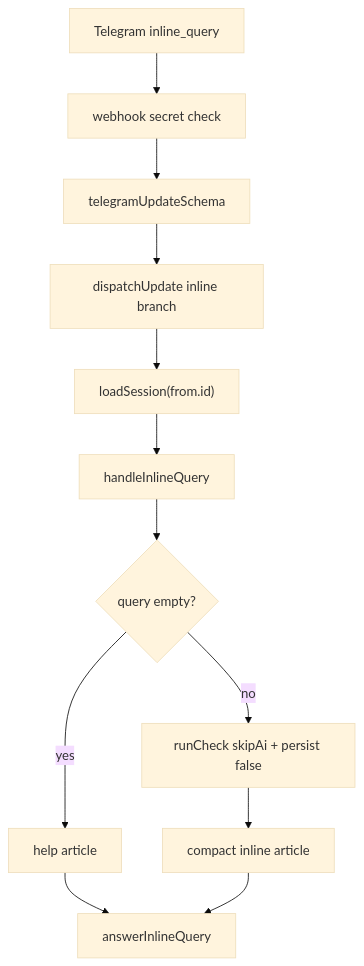
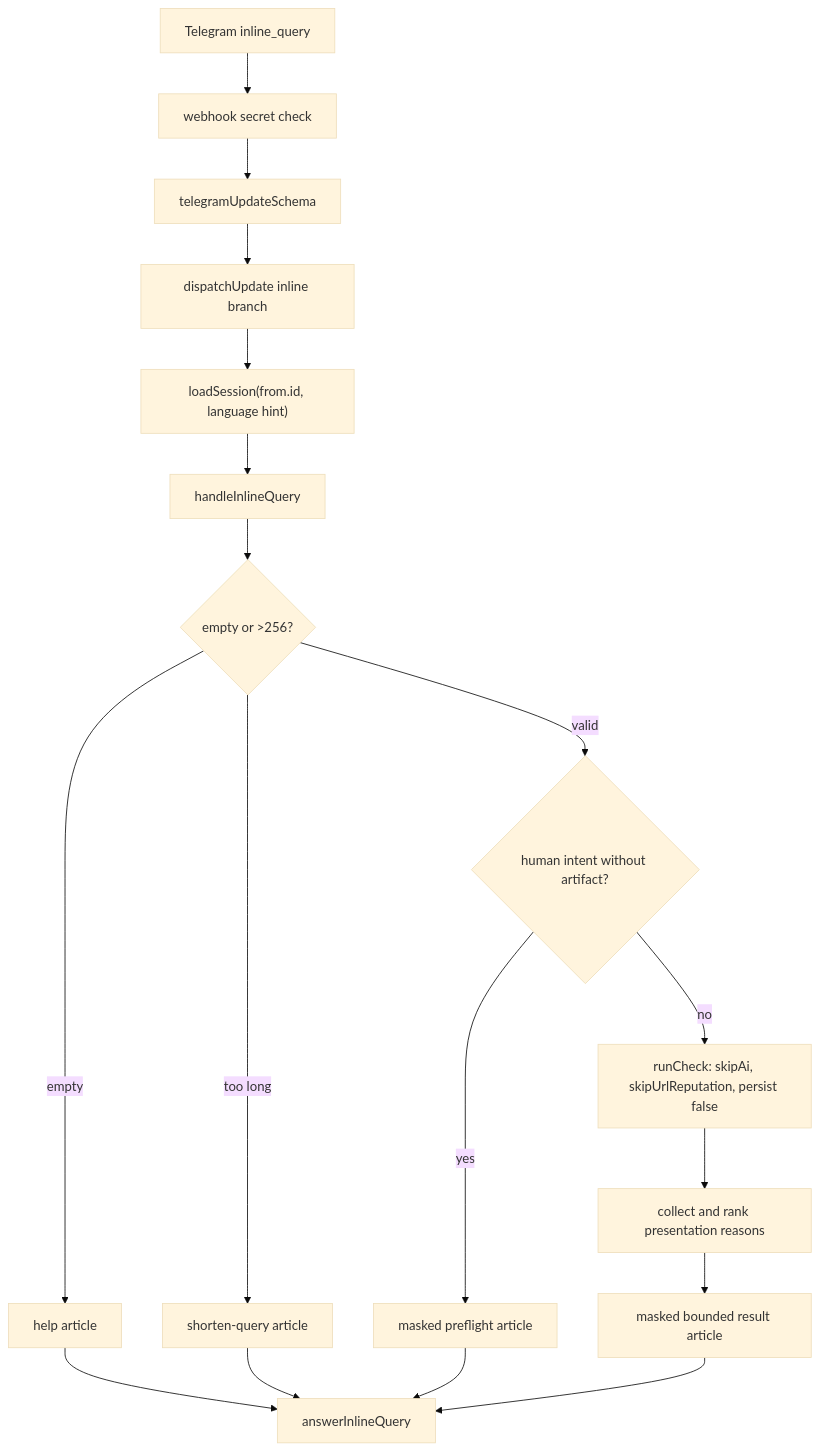
Before and after one commit to Web-pixel-creator/Scam-guard-Main: the diagram in .kiro/specs/telegram-inline-check-v1/design.md, drawn with Mermaid (base theme). The commit also changed other lines of this file and 126 other files, not shown here.

````diff
--- a/.kiro/specs/telegram-inline-check-v1/design.md
+++ b/.kiro/specs/telegram-inline-check-v1/design.md
@@ -9,14 +12,20 @@
 ```mermaid
 flowchart TD
   A["Telegram inline_query"] --> B["webhook secret check"]
   B --> C["telegramUpdateSchema"]
   C --> D["dispatchUpdate inline branch"]
-  D --> E["loadSession(from.id)"]
+  D --> E["loadSession(from.id, language hint)"]
   E --> F["handleInlineQuery"]
-  F --> G{"query empty?"}
-  G -->|yes| H["help article"]
-  G -->|no| I["runCheck skipAi + persist false"]
-  I --> J["compact inline article"]
-  H --> K["answerInlineQuery"]
-  J --> K
+  F --> G{"empty or >256?"}
+  G -->|empty| H["help article"]
+  G -->|too long| I["shorten-query article"]
+  G -->|valid| J{"human intent without artifact?"}
+  J -->|yes| K["masked preflight article"]
+  J -->|no| L["runCheck: skipAi, skipUrlReputation, persist false"]
+  L --> M["collect and rank presentation reasons"]
+  M --> N["masked bounded result article"]
+  H --> O["answerInlineQuery"]
+  I --> O
+  K --> O
+  N --> O
 ```
````
